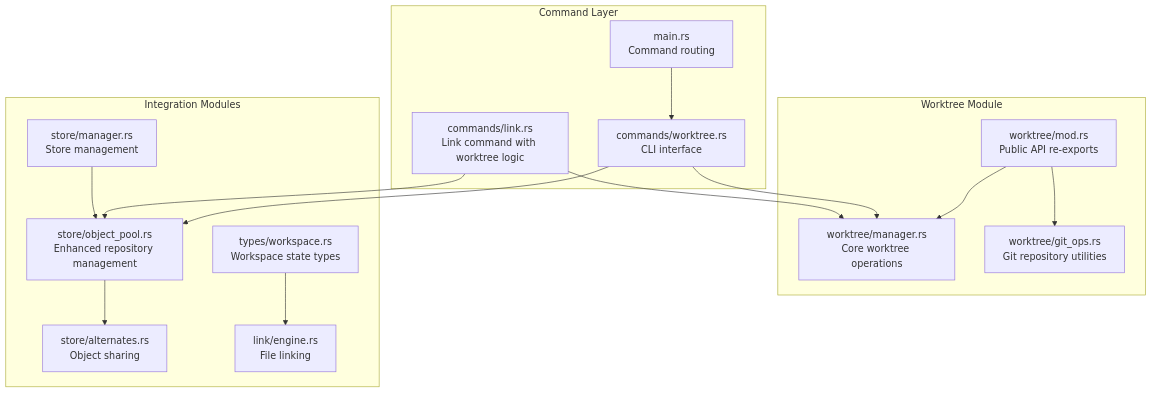
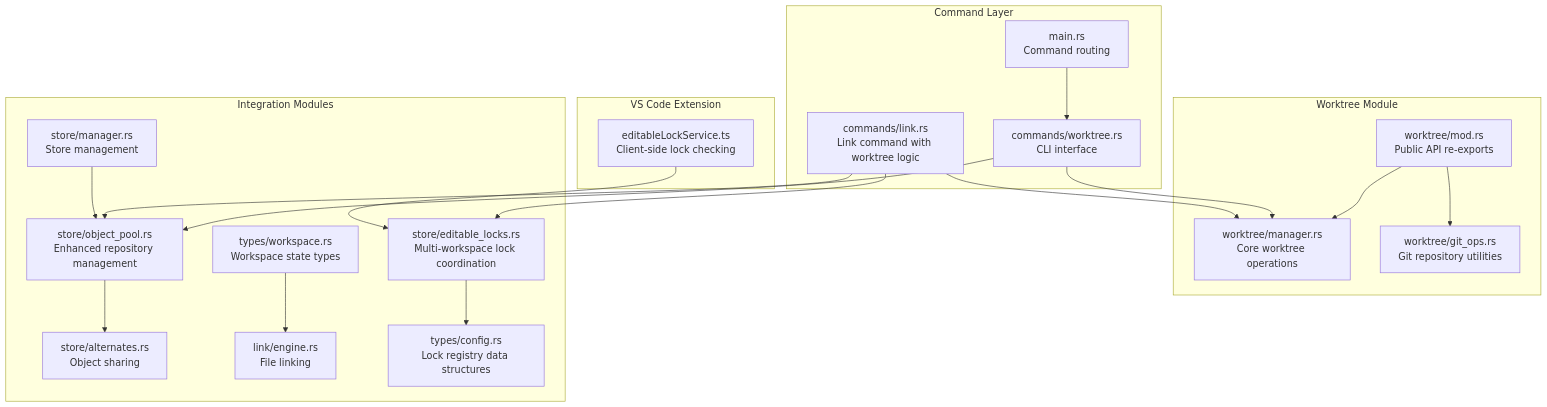
Before and after one commit to HWH-2019/vdw: the first of 9 diagrams in .qoder/repowiki/en/content/Core Features Documentation/Git Worktree Integration (Editable Mode).md, drawn with Mermaid. The commit also changed other lines of this file and 6 other files, not shown here.

````diff
--- a/.qoder/repowiki/en/content/Core Features Documentation/Git Worktree Integration (Editable Mode).md
+++ b/.qoder/repowiki/en/content/Core Features Documentation/Git Worktree Integration (Editable Mode).md
@@ -52,30 +59,38 @@
 ```mermaid
 graph TB
 subgraph "Worktree Module"
 A["worktree/mod.rs<br/>Public API re-exports"]
 B["worktree/manager.rs<br/>Core worktree operations"]
 C["worktree/git_ops.rs<br/>Git repository utilities"]
 end
 subgraph "Command Layer"
 D["commands/worktree.rs<br/>CLI interface"]
 E["main.rs<br/>Command routing"]
 F["commands/link.rs<br/>Link command with worktree logic"]
 end
 subgraph "Integration Modules"
 G["types/workspace.rs<br/>Workspace state types"]
 H["store/object_pool.rs<br/>Enhanced repository management"]
 I["store/alternates.rs<br/>Object sharing"]
 J["link/engine.rs<br/>File linking"]
 K["store/manager.rs<br/>Store management"]
+L["store/editable_locks.rs<br/>Multi-workspace lock coordination"]
+M["types/config.rs<br/>Lock registry data structures"]
+end
+subgraph "VS Code Extension"
+N["editableLockService.ts<br/>Client-side lock checking"]
 end
 A --> B
 A --> C
 D --> B
 D --> H
 E --> D
 F --> B
 F --> H
+F --> L
 G --> J
 H --> I
 K --> H
+L --> M
+N --> L
 ```
````
